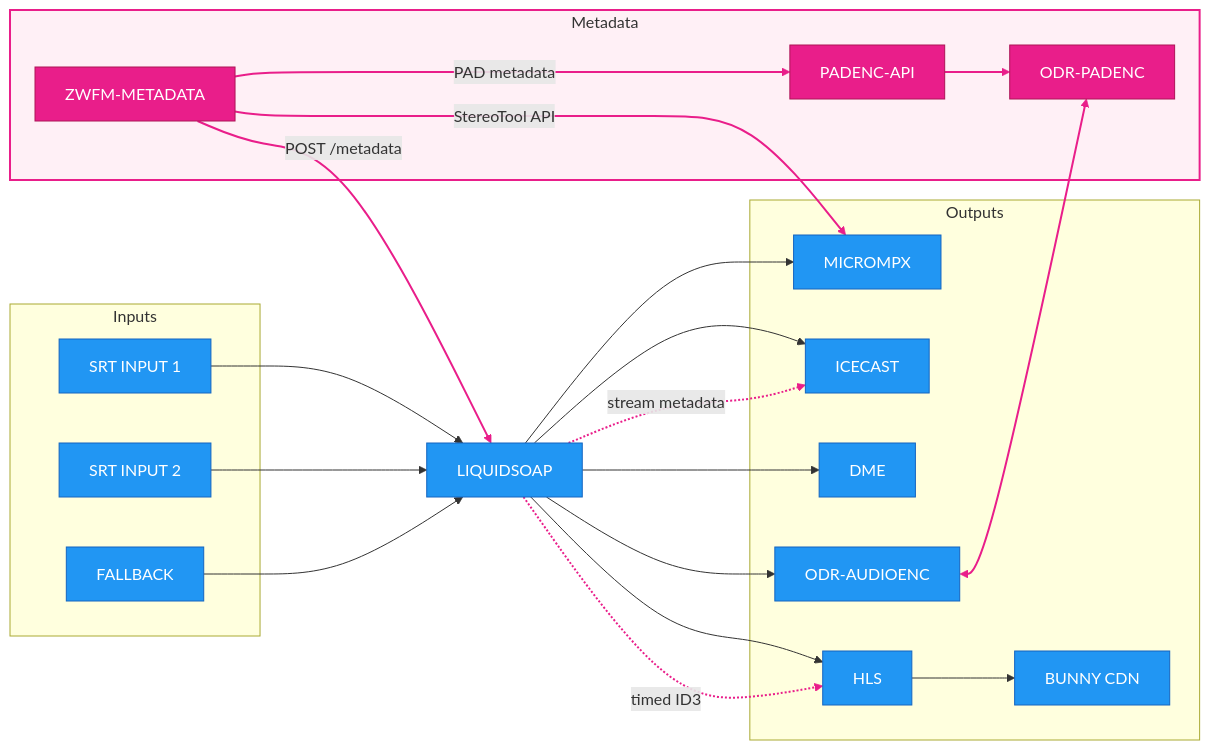
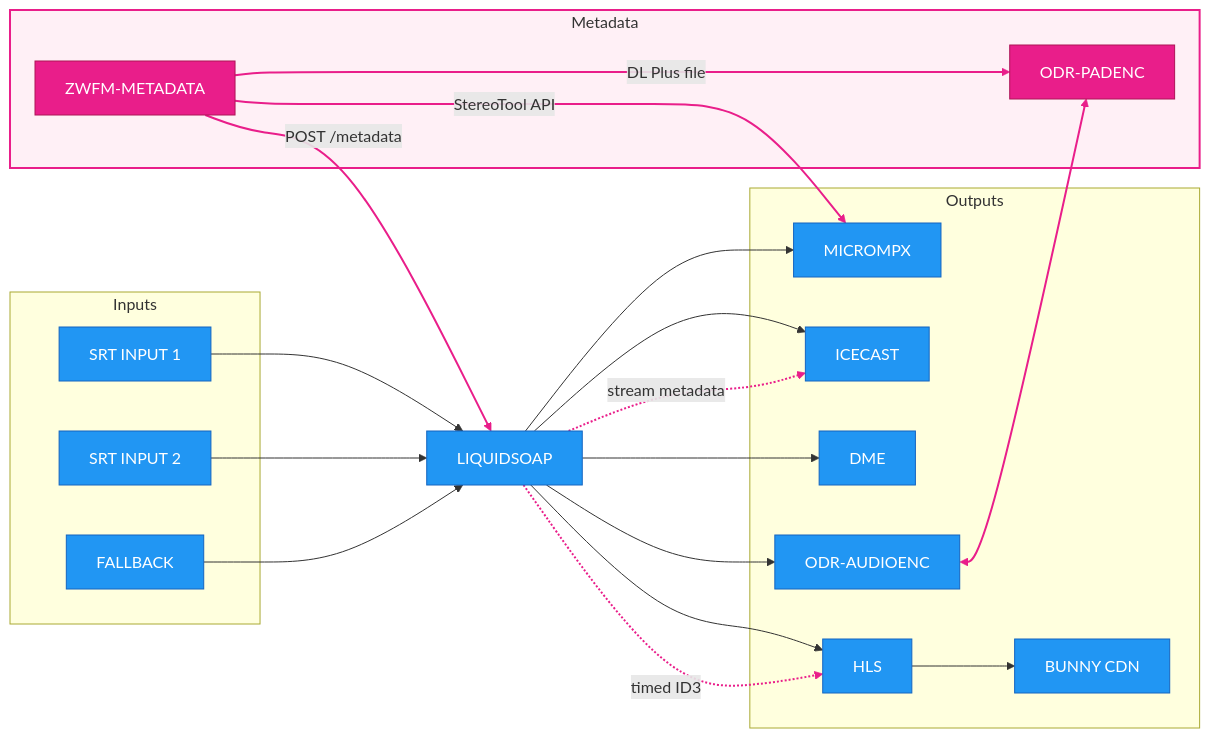
One commit to oszuidwest/zwfm-liquidsoap changed the diagram in README.md. Above: the diagram before and after it, drawn with Mermaid. The commit also changed other lines of this file, not shown here.

Commit message:
docs: remove obsolete padenc API

````diff
--- a/README.md
+++ b/README.md
@@ -13,52 +13,50 @@
 ```mermaid
 flowchart LR
     subgraph inputs [" Inputs "]
         SRT1["SRT INPUT 1"]
         SRT2["SRT INPUT 2"]
         FALLBACK["FALLBACK"]
     end
 
     LIQUIDSOAP["LIQUIDSOAP"]
 
     subgraph outputs [" Outputs "]
         MICROMPX["MICROMPX"]
         ICECAST["ICECAST"]
         DME["DME"]
         HLS["HLS"]
         BUNNY["BUNNY CDN"]
         ODR["ODR-AUDIOENC"]
     end
 
     subgraph metadata [" Metadata "]
         PADENC["ODR-PADENC"]
-        PADAPI["PADENC-API"]
         ZWFM["ZWFM-METADATA"]
     end
 
     SRT1 --> LIQUIDSOAP
     SRT2 --> LIQUIDSOAP
     FALLBACK --> LIQUIDSOAP
 
     LIQUIDSOAP --> MICROMPX
     LIQUIDSOAP --> ICECAST
     LIQUIDSOAP --> DME
     LIQUIDSOAP --> HLS
     HLS --> BUNNY
     LIQUIDSOAP --> ODR
 
     ODR <--> PADENC
-    PADAPI --> PADENC
     ZWFM -->|POST /metadata| LIQUIDSOAP
-    ZWFM -->|PAD metadata| PADAPI
+    ZWFM -->|DL Plus file| PADENC
     ZWFM -->|StereoTool API| MICROMPX
     LIQUIDSOAP -. stream metadata .-> ICECAST
     LIQUIDSOAP -. timed ID3 .-> HLS
 
     classDef blue fill:#2196F3,stroke:#1565C0,color:#fff
     classDef metadataFlow fill:#E91E8A,stroke:#AD1457,color:#fff
 
     class SRT1,SRT2,FALLBACK,LIQUIDSOAP,MICROMPX,ICECAST,DME,HLS,BUNNY,ODR blue
-    class PADENC,PADAPI,ZWFM metadataFlow
+    class PADENC,ZWFM metadataFlow
     style metadata fill:#FFF0F6,stroke:#E91E8A,stroke-width:2px
-    linkStyle 9,10,11,12,13,14,15 stroke:#E91E8A,stroke-width:2px
+    linkStyle 9,10,11,12,13,14 stroke:#E91E8A,stroke-width:2px
 ```
````
